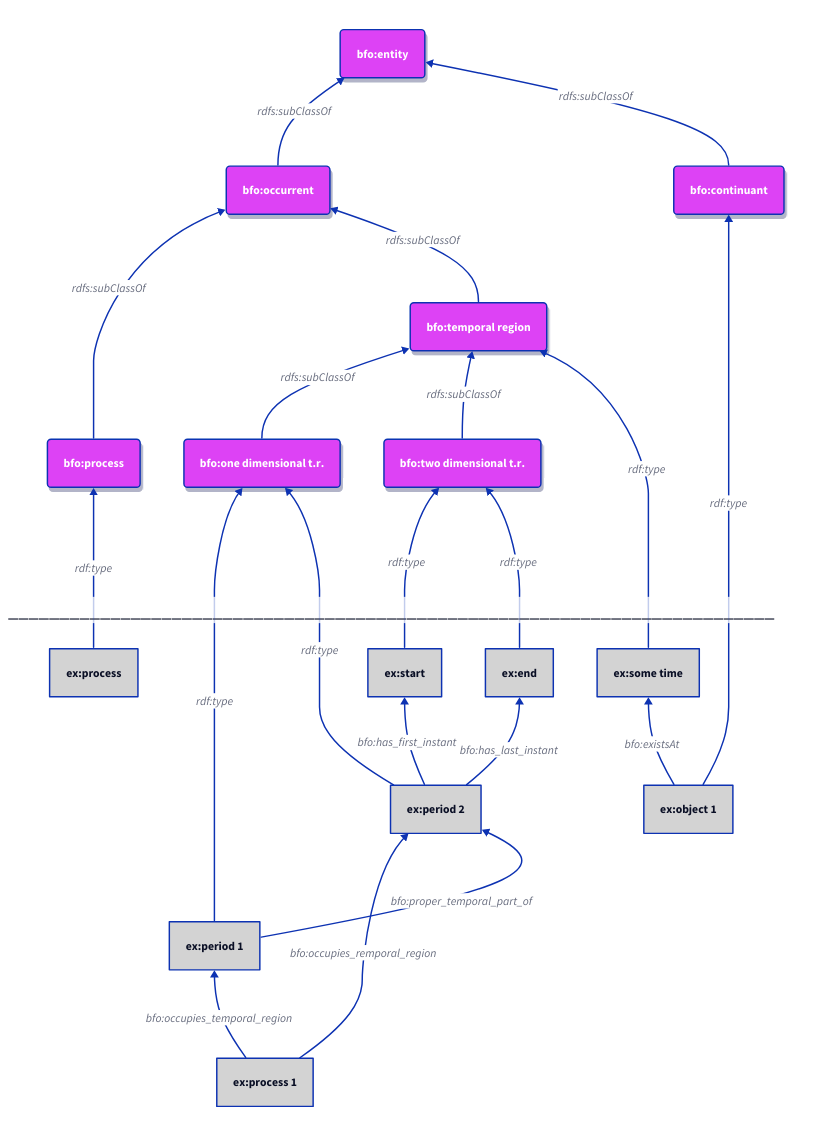
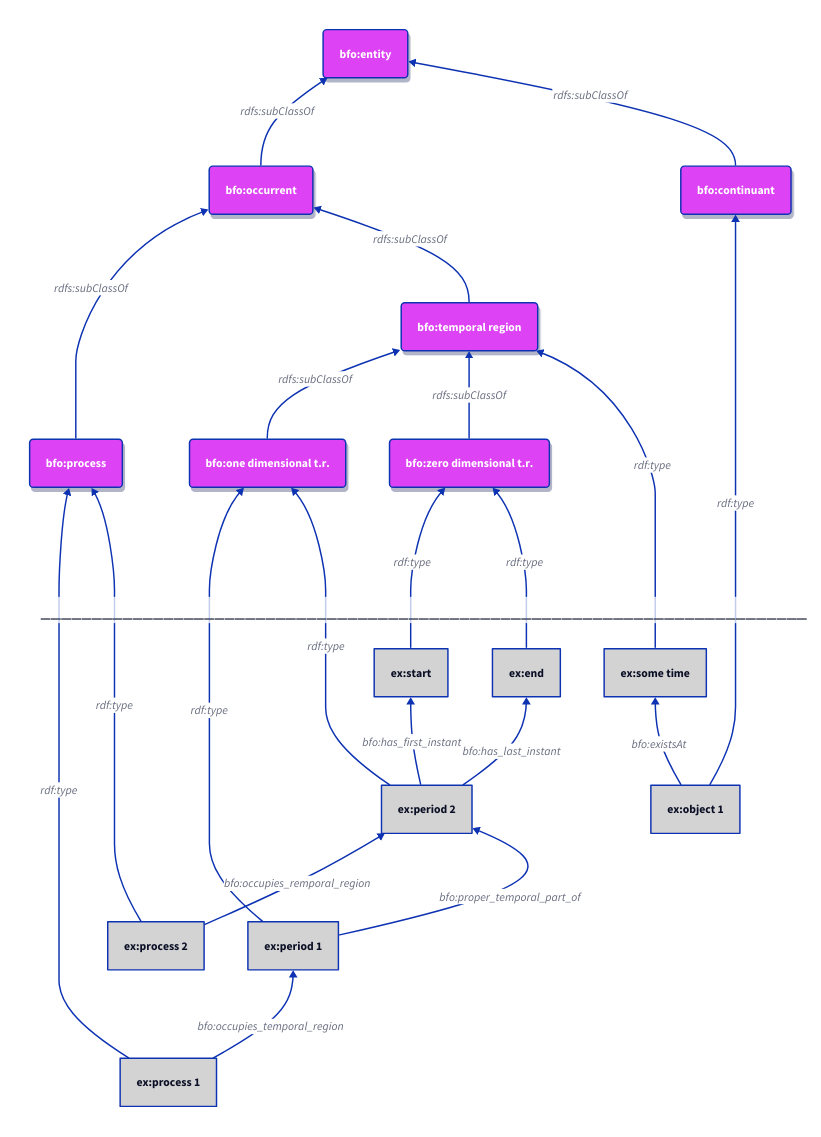
Before and after one commit to materialdigital/core-ontology: the diagram in docs/patterns.md, drawn with D2. The commit also changed 1 other file, not shown here.

Commit message:
fixed example for temporal region

````diff
--- a/docs/patterns.md
+++ b/docs/patterns.md
@@ -39,54 +39,55 @@
 ```d2
 direction: up
 
 classes: {
   bfoclazz: {
     style: {
       fill: "#dd42f5"
       shadow: true
       border-radius: 5
       font-color: white
     }
   }
   individual: {
     style: {
       fill: "lightgrey"
     }
   }
 }
 tbox.bfo*.class: bfoclazz
 tbox.label: ""
 tbox: {
   "bfo:occurrent" -> "bfo:entity": "rdfs:subClassOf"
   "bfo:continuant" -> "bfo:entity": "rdfs:subClassOf"
   "bfo:process" -> "bfo:occurrent": "rdfs:subClassOf"
   "bfo:temporal region" -> "bfo:occurrent": "rdfs:subClassOf"
   "bfo:one dimensional t.r." -> "bfo:temporal region": "rdfs:subClassOf"
-  "bfo:two dimensional t.r." -> "bfo:temporal region": "rdfs:subClassOf"
+  "bfo:zero dimensional t.r." -> "bfo:temporal region": "rdfs:subClassOf"
 }
 
 tbox.style.stroke: transparent
 tbox.style.fill: transparent
 
 abox.ex*.class: individual
 abox.label: "___________________________________________________________________________"
 abox: {
   "ex:process 1" -> "ex:period 1": "bfo:occupies_temporal_region"
-  "ex:process 1" -> "ex:period 2": "bfo:occupies_remporal_region"
+  "ex:process 2" -> "ex:period 2": "bfo:occupies_remporal_region"
   "ex:period 2" -> "ex:start": "bfo:has_first_instant"
   "ex:period 2" -> "ex:end": "bfo:has_last_instant"
   "ex:period 1" -> "ex:period 2": "bfo:proper_temporal_part_of"
   "ex:object 1" -> "ex:some time": "bfo:existsAt"
 }
 abox.style.stroke: transparent
 abox.style.fill: transparent
 
-abox."ex:process " -> tbox."bfo:process": "rdf:type"
+abox."ex:process 1" -> tbox."bfo:process": "rdf:type"
+abox."ex:process 2" -> tbox."bfo:process": "rdf:type"
 abox."ex:period 1" -> tbox."bfo:one dimensional t.r.": "rdf:type"
 abox."ex:period 2" -> tbox."bfo:one dimensional t.r.": "rdf:type"
 abox."ex:some time" -> tbox."bfo:temporal region": "rdf:type"
 abox."ex:object 1" -> tbox."bfo:continuant": "rdf:type"
-abox."ex:start" -> tbox."bfo:two dimensional t.r.": "rdf:type"
-abox."ex:end" -> tbox."bfo:two dimensional t.r.": "rdf:type"
+abox."ex:start" -> tbox."bfo:zero dimensional t.r.": "rdf:type"
+abox."ex:end" -> tbox."bfo:zero dimensional t.r.": "rdf:type"
 
 ```
````
